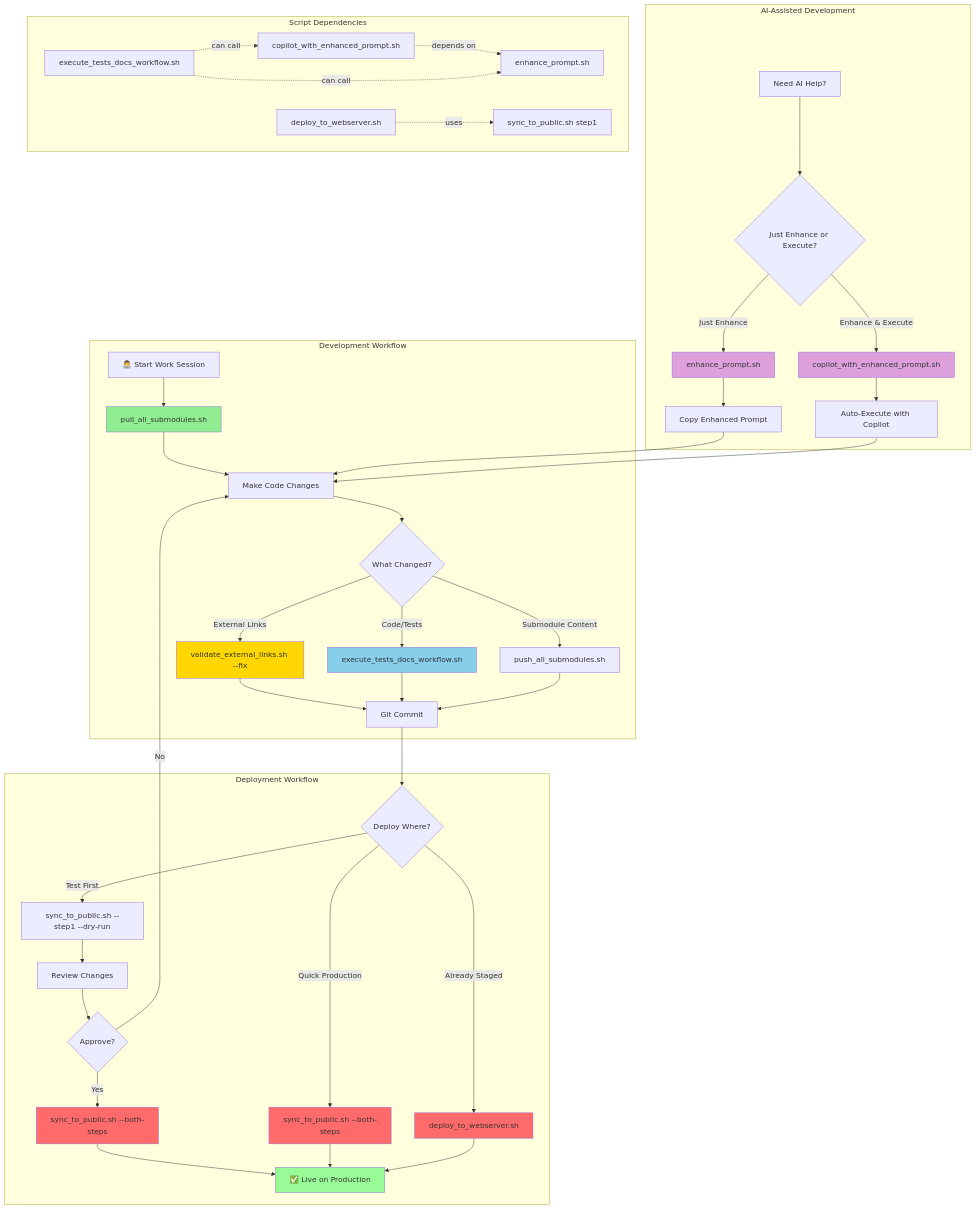
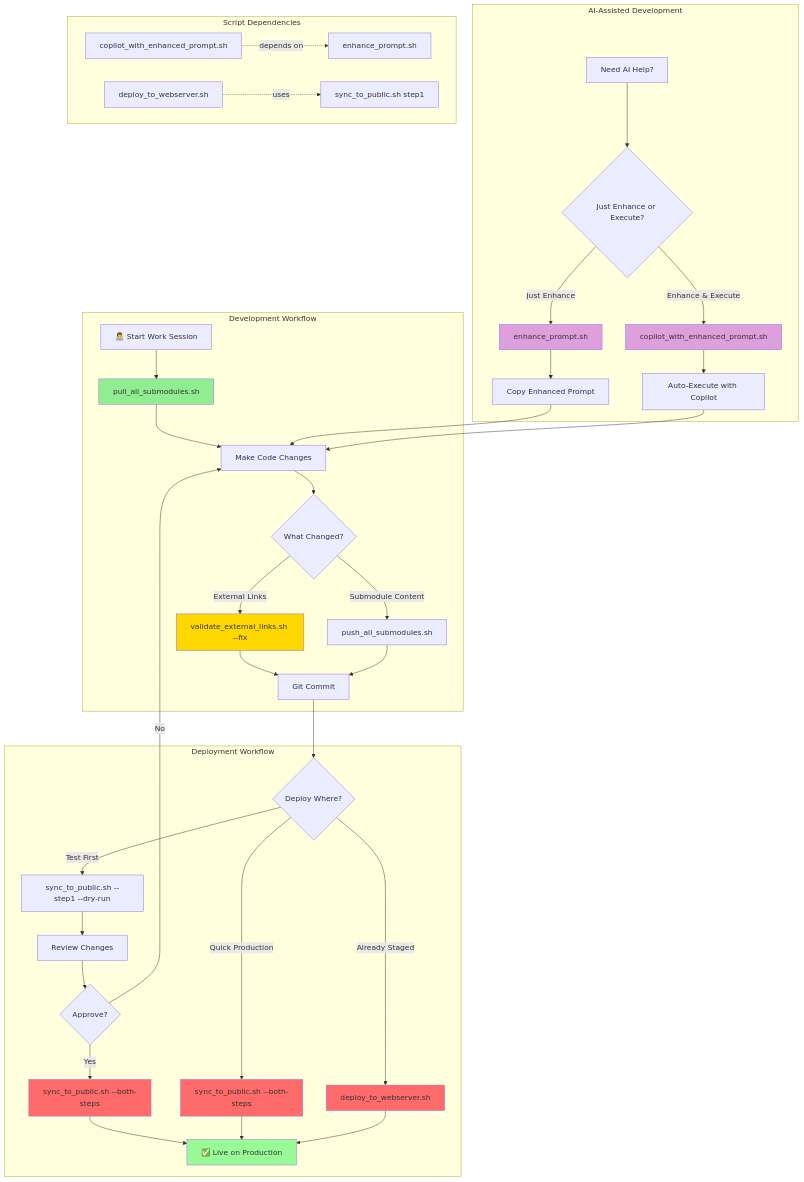
Before and after one commit to mpbarbosa/mpbarbosa_site: the diagram in shell_scripts/README.md, drawn with Mermaid. The commit also changed other lines of this file and 215 other files, not shown here.

````diff
--- a/shell_scripts/README.md
+++ b/shell_scripts/README.md
@@ -80,64 +73,59 @@
 ```mermaid
 graph TD
     subgraph "Development Workflow"
         A[👨‍💻 Start Work Session] --> B[pull_all_submodules.sh]
         B --> C[Make Code Changes]
         C --> D{What Changed?}
 
         D -->|External Links| E[validate_external_links.sh --fix]
-        D -->|Code/Tests| F[execute_tests_docs_workflow.sh]
         D -->|Submodule Content| G[push_all_submodules.sh]
 
         E --> H[Git Commit]
-        F --> H
         G --> H
     end
 
     subgraph "Deployment Workflow"
         H --> I{Deploy Where?}
 
         I -->|Test First| J[sync_to_public.sh --step1 --dry-run]
         J --> K[Review Changes]
         K --> L{Approve?}
 
         L -->|Yes| M[sync_to_public.sh --both-steps]
         L -->|No| C
 
         I -->|Quick Production| N[sync_to_public.sh --both-steps]
         I -->|Already Staged| O[deploy_to_webserver.sh]
 
         M --> P[✅ Live on Production]
         N --> P
         O --> P
     end
 
     subgraph "AI-Assisted Development"
         Q[Need AI Help?] --> R{Just Enhance or Execute?}
 
         R -->|Just Enhance| S[enhance_prompt.sh]
         R -->|Enhance & Execute| T[copilot_with_enhanced_prompt.sh]
 
         S --> U[Copy Enhanced Prompt]
         T --> V[Auto-Execute with Copilot]
 
         U --> C
         V --> C
     end
 
     subgraph "Script Dependencies"
         T2[copilot_with_enhanced_prompt.sh] -.depends on.-> S2[enhance_prompt.sh]
         D2[deploy_to_webserver.sh] -.uses.-> SY[sync_to_public.sh step1]
-        E2[execute_tests_docs_workflow.sh] -.can call.-> S2
-        E2 -.can call.-> T2
     end
 
     style B fill:#90EE90
     style E fill:#FFD700
-    style F fill:#87CEEB
     style M fill:#FF6B6B
     style N fill:#FF6B6B
     style O fill:#FF6B6B
     style P fill:#98FB98
     style T fill:#DDA0DD
     style S fill:#DDA0DD
 ```
````
